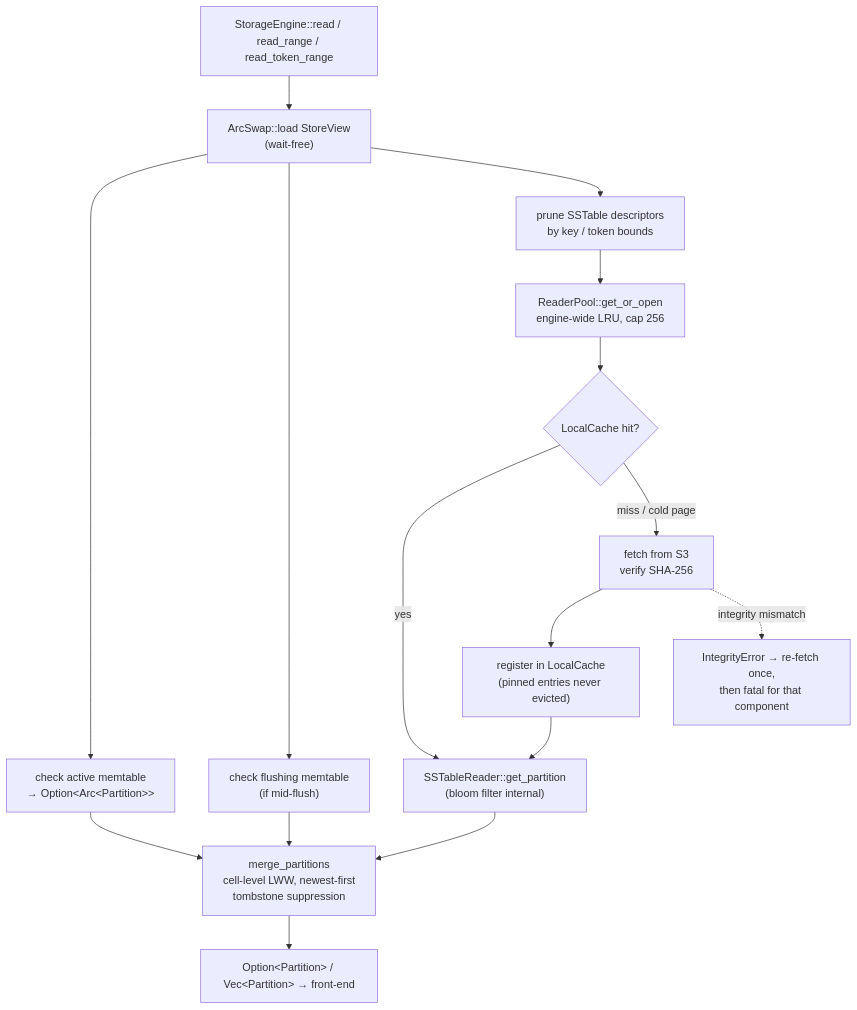
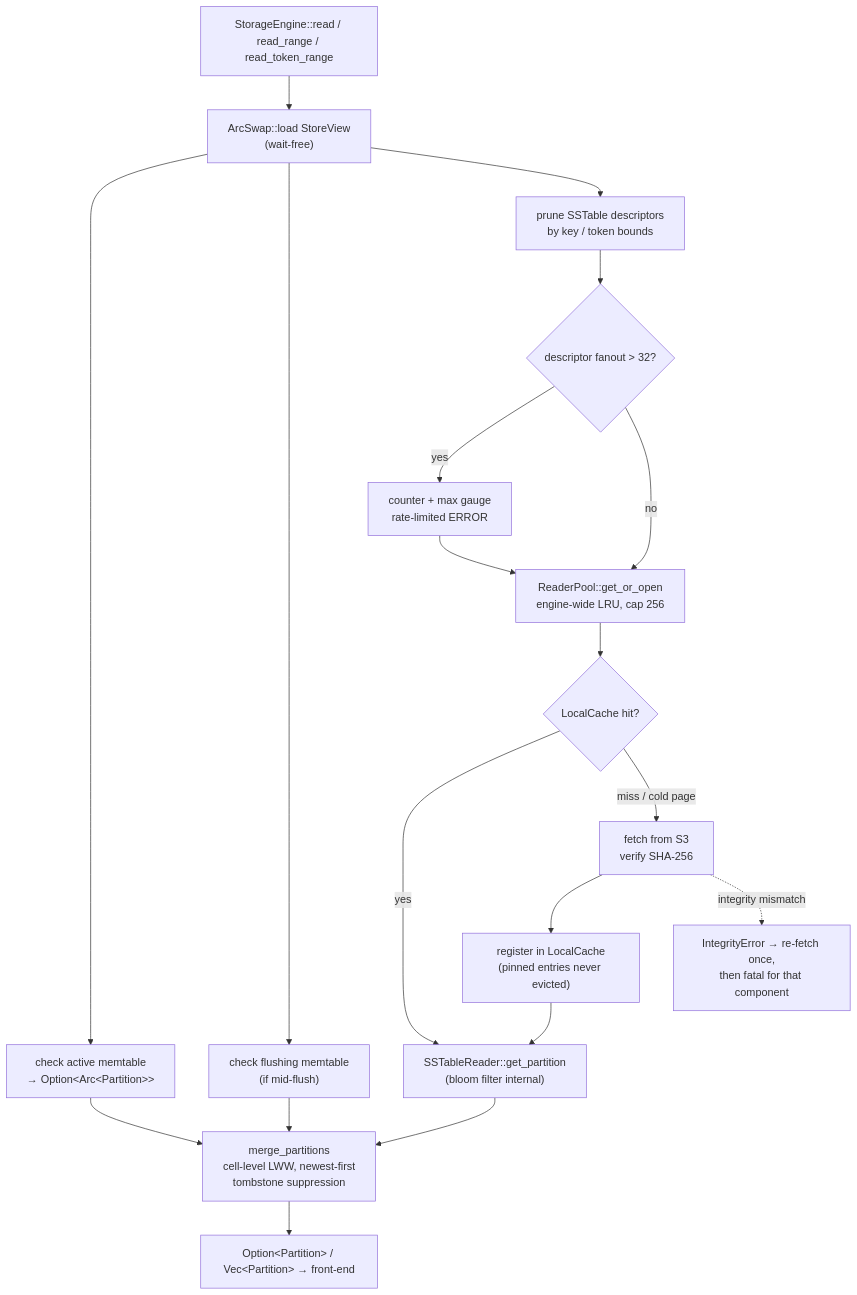
The second of 2 diagrams in ferrosa-storage/specs/data-flow.md (ferrosadb/ferrosa), drawn with Mermaid before and after one commit. The commit also changed other lines of this file and 8 other files, not shown here.

````diff
--- a/ferrosa-storage/specs/data-flow.md
+++ b/ferrosa-storage/specs/data-flow.md
@@ -62,18 +73,21 @@
 ```mermaid
 flowchart TD
     R["StorageEngine::read / read_range / read_token_range"] --> LOAD["ArcSwap::load StoreView<br/>(wait-free)"]
     LOAD --> MEM["check active memtable<br/>→ Option&lt;Arc&lt;Partition&gt;&gt;"]
     LOAD --> FLM["check flushing memtable<br/>(if mid-flush)"]
     LOAD --> PRUNE["prune SSTable descriptors<br/>by key / token bounds"]
-    PRUNE --> POOL["ReaderPool::get_or_open<br/>engine-wide LRU, cap 256"]
+    PRUNE --> FANOUT{"descriptor fanout &gt; 32?"}
+    FANOUT -- yes --> OBS["counter + max gauge<br/>rate-limited ERROR"]
+    FANOUT -- no --> POOL["ReaderPool::get_or_open<br/>engine-wide LRU, cap 256"]
+    OBS --> POOL
     POOL --> CACHE{"LocalCache hit?"}
     CACHE -- yes --> RD["SSTableReader::get_partition<br/>(bloom filter internal)"]
     CACHE -- "miss / cold page" --> FETCH["fetch from S3<br/>verify SHA-256"]
     FETCH --> REG["register in LocalCache<br/>(pinned entries never evicted)"]
     REG --> RD
     MEM --> MERGE
     FLM --> MERGE
     RD --> MERGE["merge_partitions<br/>cell-level LWW, newest-first<br/>tombstone suppression"]
     MERGE --> OUT["Option&lt;Partition&gt; / Vec&lt;Partition&gt; → front-end"]
     FETCH -. "integrity mismatch" .-> ERR["IntegrityError → re-fetch once,<br/>then fatal for that component"]
 ```
````
